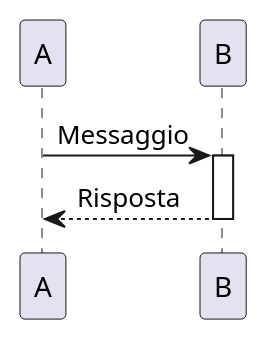
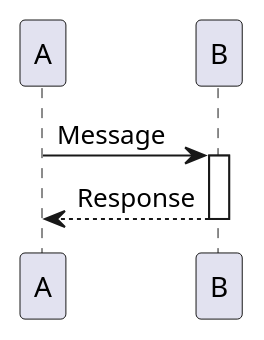
The second of 32 diagrams in 03-behavioral-diagrams/sequence-diagrams/README.md (Seniorsimo/sas-template), drawn with PlantUML before and after one commit. The commit also changed other lines of this file and 49 other files, not shown here.

````diff
--- a/03-behavioral-diagrams/sequence-diagrams/README.md
+++ b/03-behavioral-diagrams/sequence-diagrams/README.md
@@ -26,9 +26,9 @@
 ```plantuml
 participant A
 participant B
 
-A -> B: Messaggio
+A -> B: Message
 activate B
-B --> A: Risposta
+B --> A: Response
 deactivate B
 ```
````
